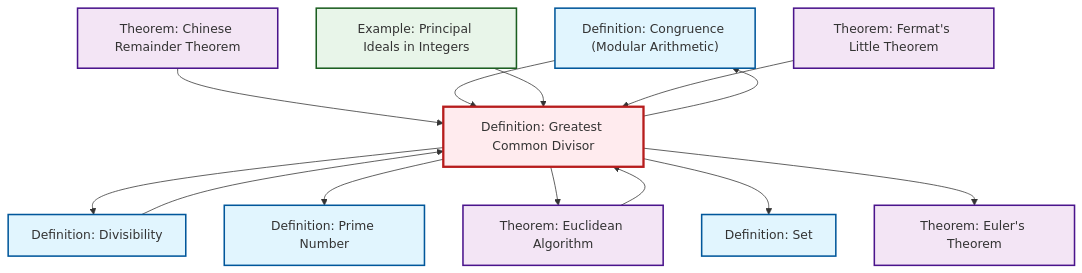
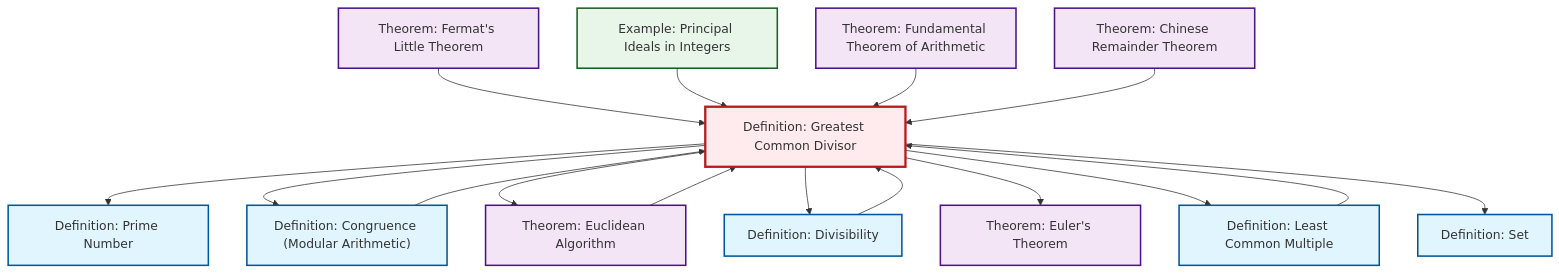
Before and after one commit to RK0429/ModernMath: the diagram in output/mermaid/def-gcd.mermaid, drawn with Mermaid. The commit also changed 634 other files, not shown here.

First line of the commit message:
feat: Add prime ideal definition with comprehensive cross-references

```diff
--- a/output/mermaid/def-gcd.mermaid
+++ b/output/mermaid/def-gcd.mermaid
@@ -1,30 +1,35 @@
 %%| fig-cap: "Local dependency graph"
 graph TD
     classDef definition fill:#e1f5fe,stroke:#01579b,stroke-width:2px
     classDef theorem fill:#f3e5f5,stroke:#4a148c,stroke-width:2px
     classDef axiom fill:#fff3e0,stroke:#e65100,stroke-width:2px
     classDef example fill:#e8f5e9,stroke:#1b5e20,stroke-width:2px
     classDef current fill:#ffebee,stroke:#b71c1c,stroke-width:3px
+    def-gcd["Definition: Greatest Common Divisor"]:::definition
+    thm-euler["Theorem: Euler's Theorem"]:::theorem
+    thm-fermat-little["Theorem: Fermat's Little Theorem"]:::theorem
+    def-set["Definition: Set"]:::definition
+    def-lcm["Definition: Least Common Multiple"]:::definition
+    thm-fundamental-arithmetic["Theorem: Fundamental Theorem of Arithmetic"]:::theorem
     def-congruence["Definition: Congruence (Modular Arithmetic)"]:::definition
-    def-gcd["Definition: Greatest Common Divisor"]:::definition
+    ex-principal-ideal["Example: Principal Ideals in Integers"]:::example
     def-divisibility["Definition: Divisibility"]:::definition
+    thm-chinese-remainder["Theorem: Chinese Remainder Theorem"]:::theorem
     def-prime["Definition: Prime Number"]:::definition
-    def-set["Definition: Set"]:::definition
     thm-euclidean-algorithm["Theorem: Euclidean Algorithm"]:::theorem
-    thm-euler["Theorem: Euler's Theorem"]:::theorem
-    ex-principal-ideal["Example: Principal Ideals in Integers"]:::example
-    thm-chinese-remainder["Theorem: Chinese Remainder Theorem"]:::theorem
-    thm-fermat-little["Theorem: Fermat's Little Theorem"]:::theorem
+    def-gcd --> def-prime
+    def-gcd --> def-congruence
+    thm-fermat-little --> def-gcd
     def-divisibility --> def-gcd
+    def-congruence --> def-gcd
+    def-gcd --> thm-euclidean-algorithm
+    def-gcd --> def-divisibility
+    def-gcd --> thm-euler
+    ex-principal-ideal --> def-gcd
+    thm-fundamental-arithmetic --> def-gcd
+    def-lcm --> def-gcd
+    thm-euclidean-algorithm --> def-gcd
+    def-gcd --> def-lcm
+    def-gcd --> def-set
     thm-chinese-remainder --> def-gcd
-    def-congruence --> def-gcd
-    def-gcd --> def-congruence
-    def-gcd --> def-divisibility
-    thm-euclidean-algorithm --> def-gcd
-    def-gcd --> def-prime
-    ex-principal-ideal --> def-gcd
-    def-gcd --> thm-euclidean-algorithm
-    def-gcd --> def-set
-    def-gcd --> thm-euler
-    thm-fermat-little --> def-gcd
     class def-gcd current
```
